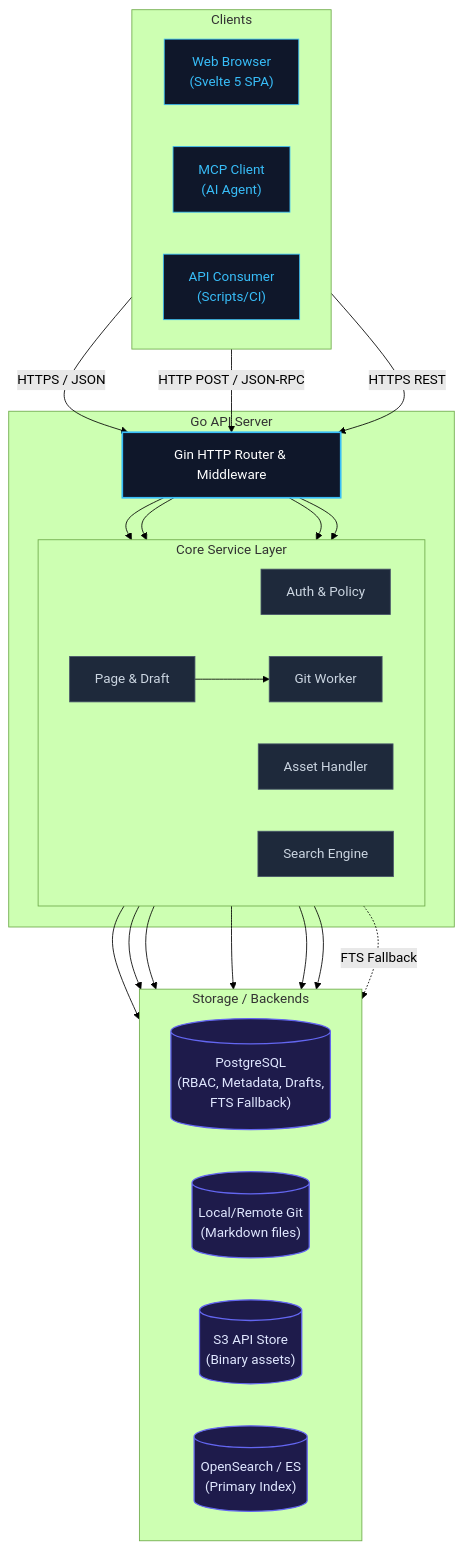
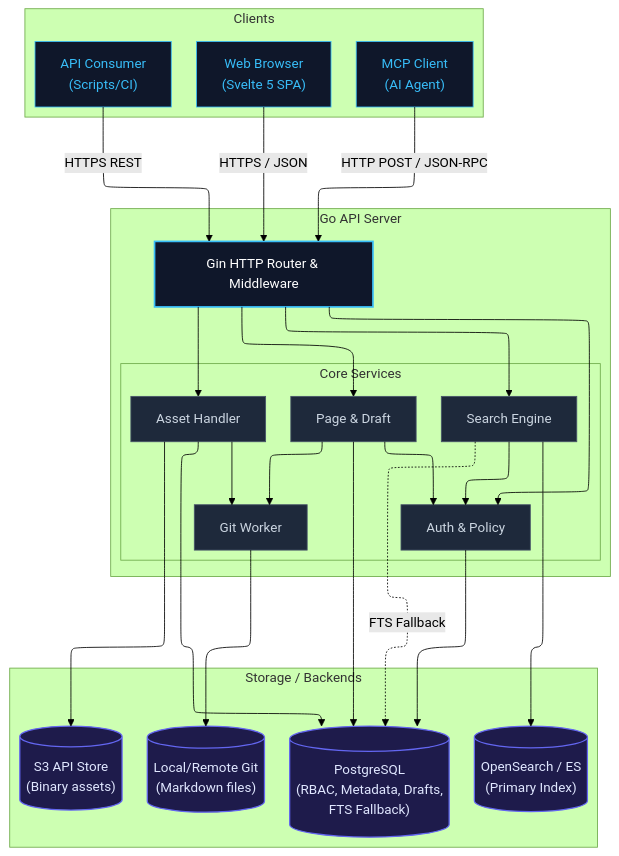
One commit to bantnd/portfolio changed the first of 3 diagrams in src/content/blog/building-livingkb-git-backed-knowledge-base.md. Above: the diagram before and after it, drawn with Mermaid (forest theme). The commit also changed other lines of this file and 8 other files, not shown here.

First line of the commit message:
feat: Upgrade dependencies and enhance diagram rendering

````diff
--- a/src/content/blog/building-livingkb-git-backed-knowledge-base.md
+++ b/src/content/blog/building-livingkb-git-backed-knowledge-base.md
@@ -19,57 +19,65 @@
 ```mermaid
+%%{init: {"flowchart": {"defaultRenderer": "elk"}} }%%
 flowchart TD
     %% Styling Definitions
     classDef client fill:#0f172a,stroke:#38bdf8,stroke-width:1px,color:#38bdf8;
     classDef server fill:#0f172a,stroke:#38bdf8,stroke-width:2px,color:#fff;
     classDef service fill:#1e293b,stroke:#475569,stroke-width:1px,color:#cbd5e1;
     classDef storage fill:#1e1b4b,stroke:#6366f1,stroke-width:1.5px,color:#e0e7ff;
-    
+
     subgraph Clients ["Clients"]
         direction LR
+        MCP["MCP Client<br>(AI Agent)"]:::client
         Web["Web Browser<br>(Svelte 5 SPA)"]:::client
-        MCP["MCP Client<br>(AI Agent)"]:::client
         API["API Consumer<br>(Scripts/CI)"]:::client
     end
 
     subgraph GoServer ["Go API Server"]
         Router["Gin HTTP Router & Middleware"]:::server
         
-        subgraph CoreServices ["Core Service Layer"]
+        subgraph CoreServices ["Core Services"]
             direction LR
+            Asset["Asset Handler"]:::service
             Auth["Auth & Policy"]:::service
             Page["Page & Draft"]:::service
+            Search["Search Engine"]:::service
             Git["Git Worker"]:::service
-            Asset["Asset Handler"]:::service
-            Search["Search Engine"]:::service
         end
+        
+        
     end
 
     subgraph Storage ["Storage / Backends"]
         direction LR
+        S3Store[("S3 API Store<br>(Binary assets)")]:::storage
         DB[("PostgreSQL<br>(RBAC, Metadata, Drafts,<br>FTS Fallback)")]:::storage
         GitRepo[("Local/Remote Git<br>(Markdown files)")]:::storage
-        S3Store[("S3 API Store<br>(Binary assets)")]:::storage
         OS[("OpenSearch / ES<br>(Primary Index)")]:::storage
     end
 
-    %% Routing
+    %% Client Routing to Router
+    MCP -->|HTTP POST / JSON-RPC| Router
     Web -->|HTTPS / JSON| Router
-    MCP -->|HTTP POST / JSON-RPC| Router
     API -->|HTTPS REST| Router
 
-    %% Core Services Dispatches
+    %% Router dispatches to Core Services
+    Router --> Asset
     Router --> Auth
     Router --> Page
-    Router --> Asset
     Router --> Search
 
-    %% Storage connections
+    %% Internal service dependencies
+    Page --> Git
+    Page --> Auth
+    Asset --> Git
+    Search --> Auth
+
+    %% Storage connections (pointing directly to respective backends)
+    Asset --> S3Store
+    Asset --> DB
     Auth --> DB
     Page --> DB
-    Page --> Git
     Git --> GitRepo
-    Asset --> DB
-    Asset --> S3Store
     Search --> OS
     Search -.->|FTS Fallback| DB
 ```
````
